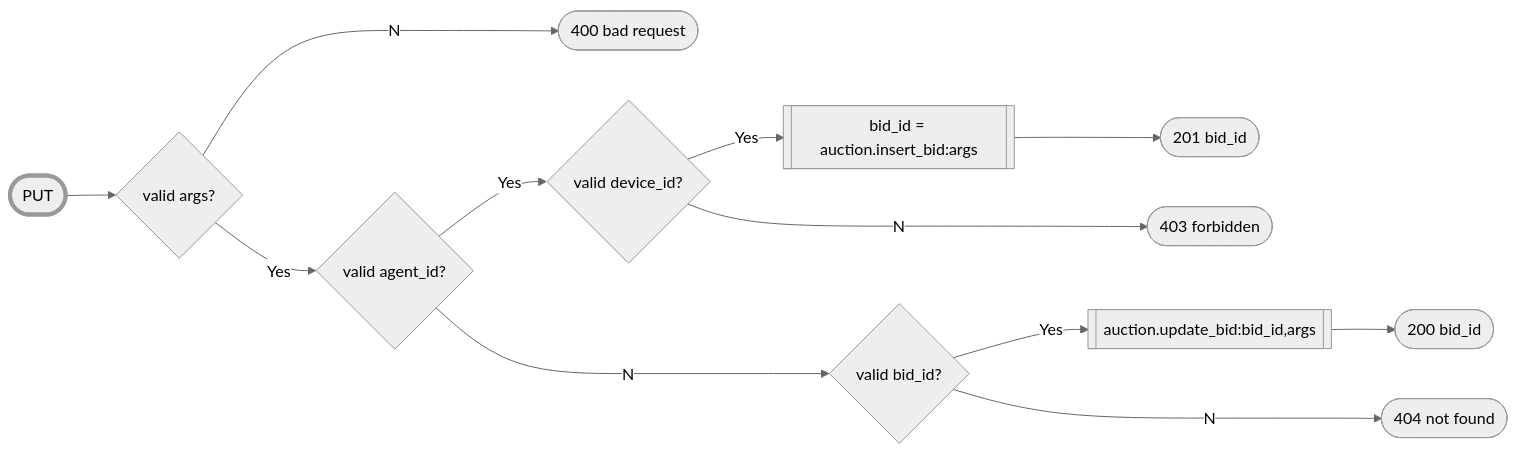
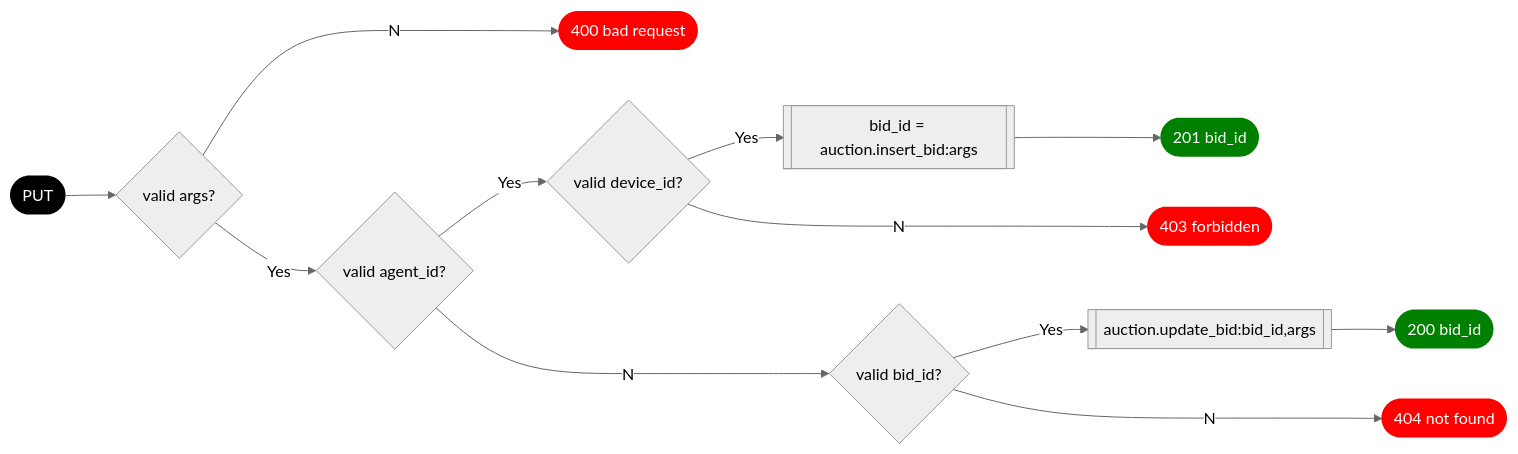
One commit to aivanova5/design changed the diagram in docs/auction.md. Above: the diagram before and after it, drawn with Mermaid (neutral theme).

````diff
--- a/docs/auction.md
+++ b/docs/auction.md
@@ -29,15 +29,18 @@
 ```mermaid
 graph LR
-  style enter stroke-width:4px
-  enter([PUT]) --> valid{valid args?}
-  valid --No--> bad_request([400 bad request])
+  classDef start stroke-width:0px,fill:black,color:white
+  classDef success fill:green,stroke-width:0px,color:white
+  classDef error fill:red,stroke-width:0px,color:white
+  
+  enter([PUT]):::start --> valid{valid args?}
+  valid --No--> bad_request([400 bad request]):::error
   valid --Yes--> new{valid agent_id?}
   new --Yes--> allowed{valid device_id?}
   allowed --Yes--> insert_bid[[bid_id = auction.insert_bid:args]]
-  allowed --No-->forbidden([403 forbidden])
+  allowed --No-->forbidden([403 forbidden]):::error
   new --No--> exists{valid bid_id?}
   exists --Yes--> update_bid[[auction.update_bid:bid_id,args]]
-  exists --No--> not_found([404 not found])
-  update_bid --> OK([200 bid_id])
-  insert_bid --> Created([201 bid_id])
+  exists --No--> not_found([404 not found]):::error
+  update_bid --> OK([200 bid_id]):::success
+  insert_bid --> Created([201 bid_id]):::success
 ```
````
